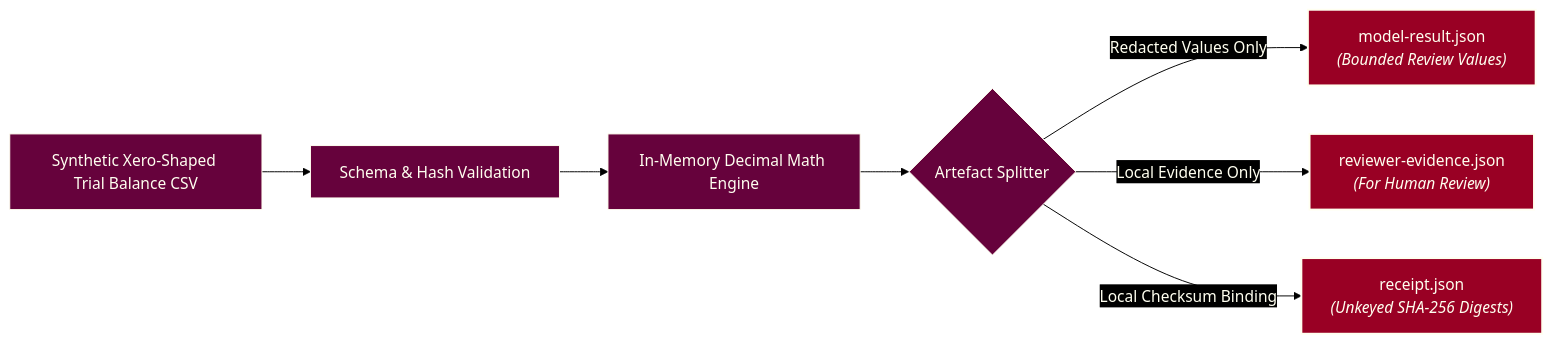
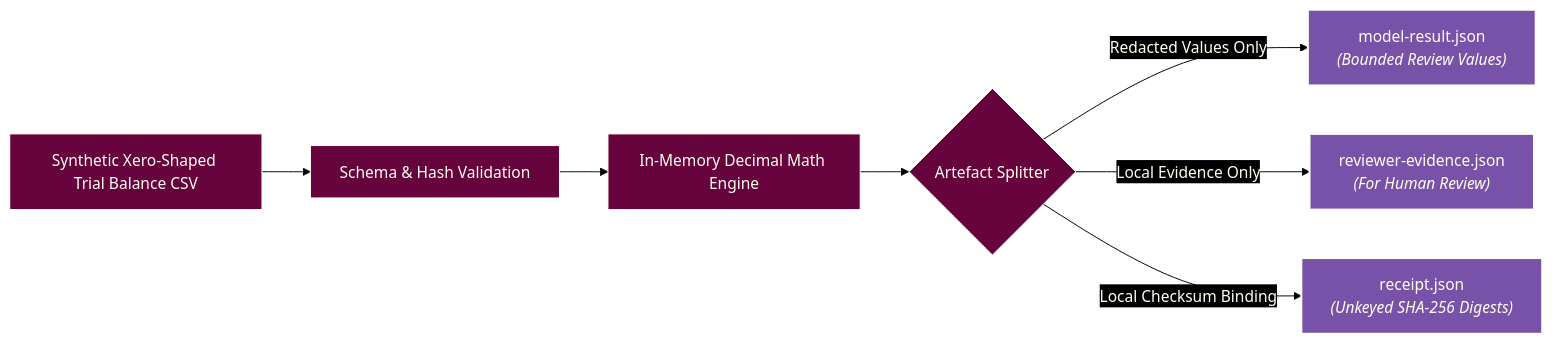
Before and after one commit to ryanduguid/accounting-review-pipeline: the diagram in packages/elizabeth-anne-alexander/DATA-FLOW.md, drawn with Mermaid. The commit also changed 4 other files, not shown here.

First line of the commit message:
Apply four-colour Mermaid palette (#334)

````diff
--- a/packages/elizabeth-anne-alexander/DATA-FLOW.md
+++ b/packages/elizabeth-anne-alexander/DATA-FLOW.md
@@ -16,14 +16,14 @@
 ```mermaid
 flowchart LR
-%%{init: {"theme": "base", "themeVariables": {"background": "#000000", "primaryColor": "#66023C", "primaryTextColor": "#FFFFF0", "primaryBorderColor": "#FFFFF0", "lineColor": "#000000", "textColor": "#FFFFF0", "edgeLabelBackground": "#000000", "clusterBkg": "#000000", "clusterBorder": "#FFFFF0", "titleColor": "#FFFFF0"}, "themeCSS": ".flowchart-link, .relationshipLine, marker path { filter: drop-shadow(0px 1px 0px #FFFFF0) drop-shadow(0px -1px 0px #FFFFF0) drop-shadow(1px 0px 0px #FFFFF0) drop-shadow(-1px 0px 0px #FFFFF0); }"}}%%
+%%{init: {"theme": "base", "look": "classic", "themeVariables": {"background": "#000000", "primaryColor": "#66023C", "primaryTextColor": "#FFFFF0", "primaryBorderColor": "#FFFFF0", "lineColor": "#000000", "textColor": "#FFFFF0", "edgeLabelBackground": "#000000", "clusterBkg": "#000000", "clusterBorder": "#FFFFF0", "titleColor": "#FFFFF0"}, "themeCSS": ".flowchart-link, .relationshipLine, marker path { filter: drop-shadow(0px 1px 0px #FFFFF0) drop-shadow(0px -1px 0px #FFFFF0) drop-shadow(1px 0px 0px #FFFFF0) drop-shadow(-1px 0px 0px #FFFFF0); }"}}%%
     Source["Synthetic Xero-Shaped Trial Balance CSV"] --> Ingestion["Schema & Hash Validation"]
     Ingestion --> Sandbox["In-Memory Decimal Math Engine"]
     Sandbox --> Split{"Artefact Splitter"}
     
     Split -->|Redacted Values Only| ModelArtifact["model-result.json<br/><i>(Bounded Review Values)</i>"]
     Split -->|Local Evidence Only| HumanArtifact["reviewer-evidence.json<br/><i>(For Human Review)</i>"]
     Split -->|Local Checksum Binding| Receipt["receipt.json<br/><i>(Unkeyed SHA-256 Digests)</i>"]
-    style ModelArtifact fill:#990024,stroke:#FFFFF0,stroke-width:2px,color:#FFFFF0
-    style HumanArtifact fill:#990024,stroke:#FFFFF0,stroke-width:2px,color:#FFFFF0
-    style Receipt fill:#990024,stroke:#FFFFF0,stroke-width:2px,color:#FFFFF0
+    style ModelArtifact fill:#7851A9,stroke:#FFFFF0,stroke-width:2px,color:#FFFFF0
+    style HumanArtifact fill:#7851A9,stroke:#FFFFF0,stroke-width:2px,color:#FFFFF0
+    style Receipt fill:#7851A9,stroke:#FFFFF0,stroke-width:2px,color:#FFFFF0
 ```
````
